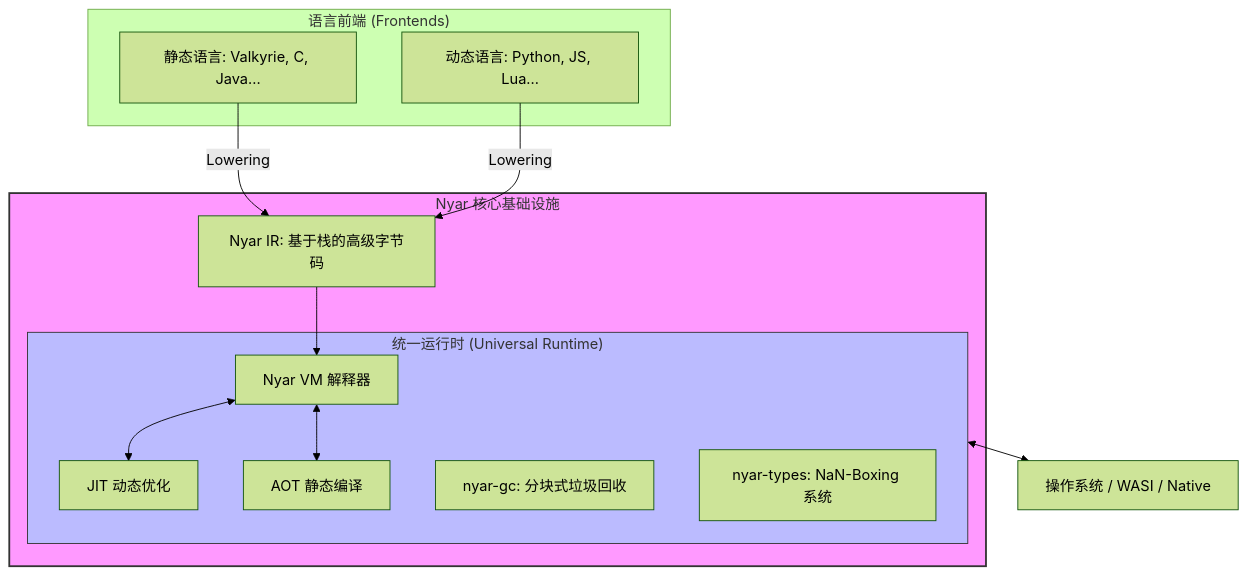
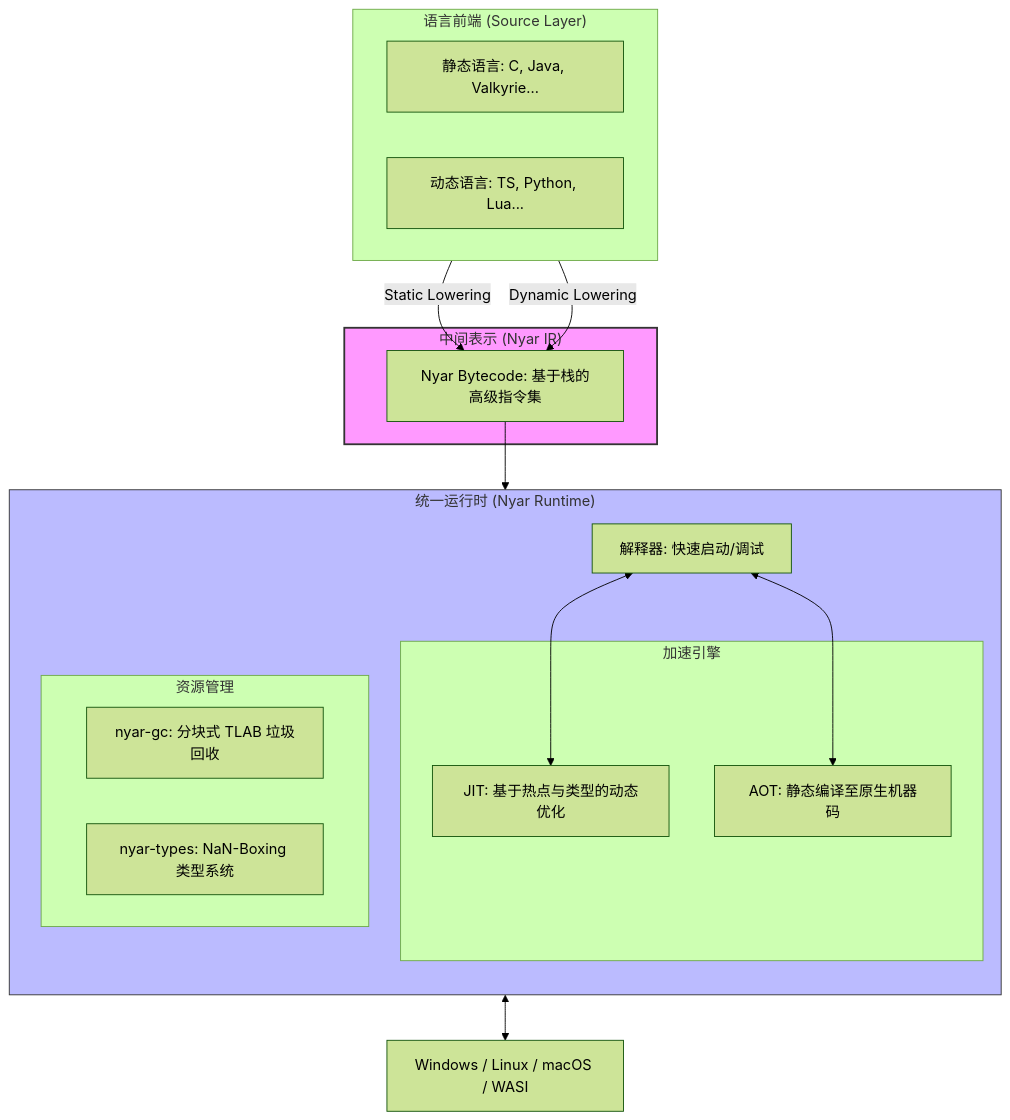
One commit to nyar-vm/nyar-vm changed the first of 6 diagrams in readme.md. Above: the diagram before and after it, drawn with Mermaid (forest theme). The commit also changed other lines of this file, not shown here.

````diff
--- a/readme.md
+++ b/readme.md
@@ -10,29 +14,37 @@
 ```mermaid
 graph TD
-    subgraph Frontends ["语言前端 (Frontends)"]
-        SL[静态语言: Valkyrie, C, Java...]
-        DL[动态语言: Python, JS, Lua...]
+    subgraph Frontends ["语言前端 (Source Layer)"]
+        direction LR
+        SL[静态语言: C, Java, Valkyrie...]
+        DL[动态语言: TS, Python, Lua...]
     end
 
-    subgraph Core ["Nyar 核心基础设施"]
-        IR[Nyar IR: 基于栈的高级字节码]
+    subgraph IR_Layer ["中间表示 (Nyar IR)"]
+        IR[Nyar Bytecode: 基于栈的高级指令集]
+    end
+
+    subgraph Runtime ["统一运行时 (Nyar Runtime)"]
+        direction TB
+        VM[解释器: 快速启动/调试]
         
-        subgraph Runtime ["统一运行时 (Universal Runtime)"]
-            VM[Nyar VM 解释器]
-            JIT[JIT 动态优化]
-            AOT[AOT 静态编译]
-            GC[nyar-gc: 分块式垃圾回收]
-            Types[nyar-types: NaN-Boxing 系统]
+        subgraph Acceleration ["加速引擎"]
+            JIT[JIT: 基于热点与类型的动态优化]
+            AOT[AOT: 静态编译至原生机器码]
+        end
+        
+        subgraph Management ["资源管理"]
+            GC[nyar-gc: 分块式 TLAB 垃圾回收]
+            Types[nyar-types: NaN-Boxing 类型系统]
         end
     end
 
-    SL -->|Lowering| IR
-    DL -->|Lowering| IR
+    SL -->|Static Lowering| IR
+    DL -->|Dynamic Lowering| IR
     IR --> VM
     VM <--> JIT
     VM <--> AOT
-    Runtime <--> OS[操作系统 / WASI / Native]
+    Runtime <--> OS[Windows / Linux / macOS / WASI]
 
-    style Core fill:#f9f,stroke:#333,stroke-width:2px
+    style IR_Layer fill:#f9f,stroke:#333,stroke-width:2px
     style Runtime fill:#bbf,stroke:#333,stroke-width:1px
 ```
````
